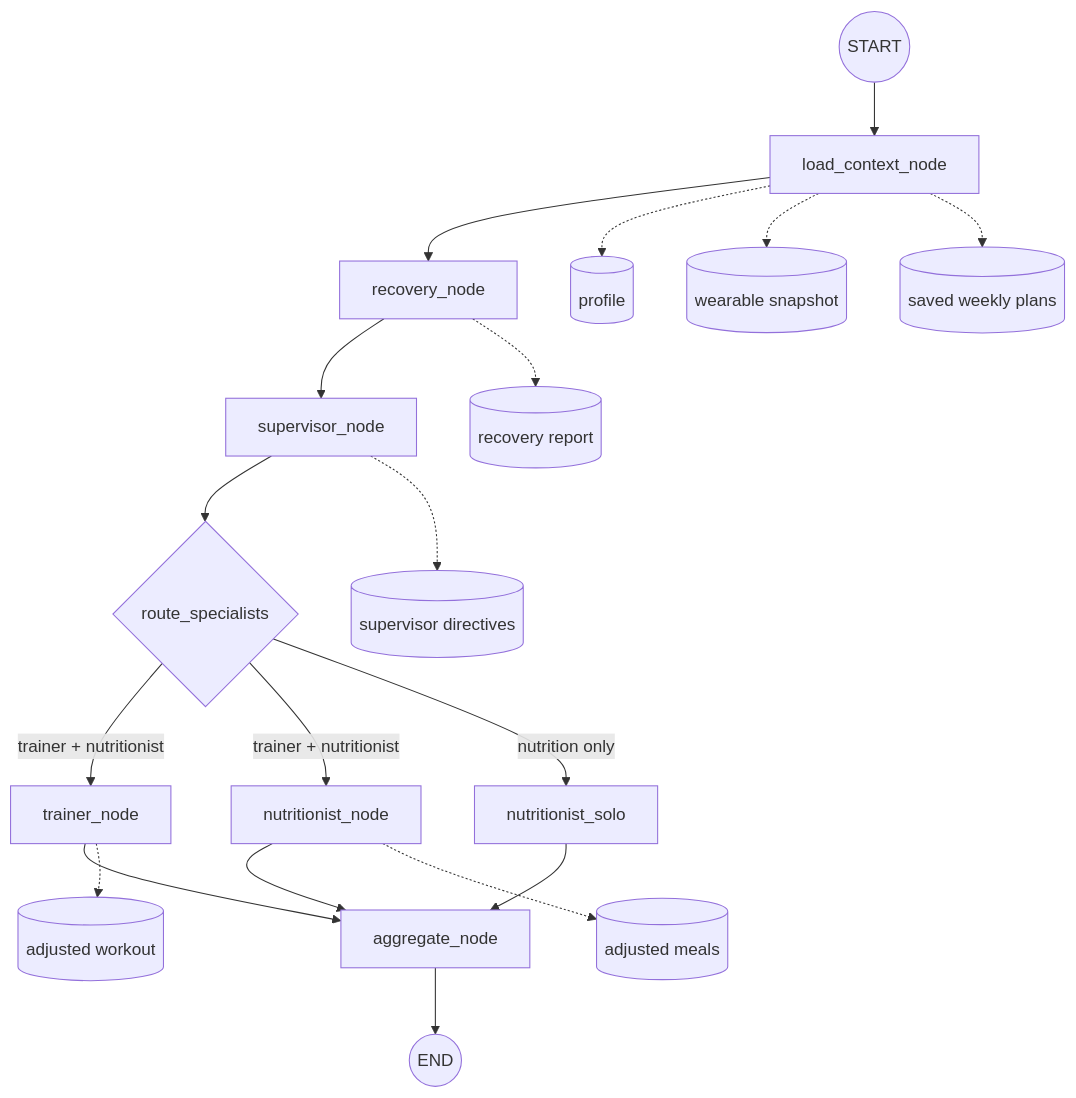
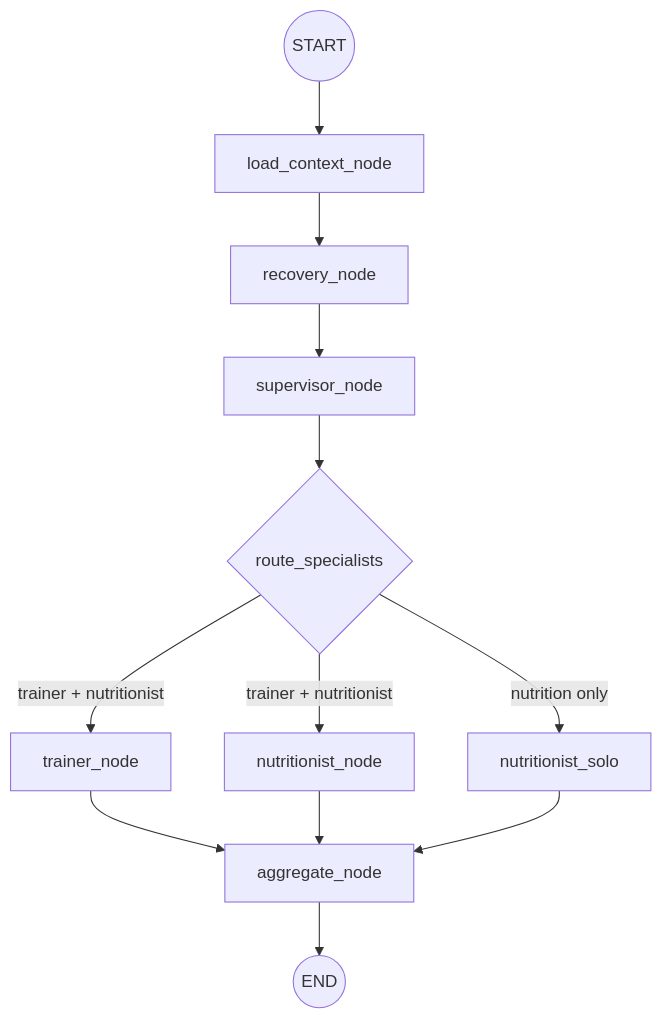
Before and after one commit to georgiaapn/agentic-fitness-supervisor: the diagram in README.md, drawn with Mermaid. The commit also changed other lines of this file and 1 other file, not shown here.

````diff
--- a/README.md
+++ b/README.md
@@ -177,24 +71,14 @@
 ```mermaid
 flowchart TD
     Start((START)) --> LoadContext[load_context_node]
     LoadContext --> Recovery[recovery_node]
     Recovery --> Supervisor[supervisor_node]
-
     Supervisor --> Route{route_specialists}
     Route -->|trainer + nutritionist| Trainer[trainer_node]
     Route -->|trainer + nutritionist| Nutritionist[nutritionist_node]
     Route -->|nutrition only| NutritionSolo[nutritionist_solo]
-
     Trainer --> Aggregate[aggregate_node]
     Nutritionist --> Aggregate
     NutritionSolo --> Aggregate
     Aggregate --> End((END))
-
-    LoadContext -.-> Profile[(profile)]
-    LoadContext -.-> Wearable[(wearable snapshot)]
-    LoadContext -.-> Baselines[(saved weekly plans)]
-    Recovery -.-> RecoveryReport[(recovery report)]
-    Supervisor -.-> Directives[(supervisor directives)]
-    Trainer -.-> Workout[(adjusted workout)]
-    Nutritionist -.-> Nutrition[(adjusted meals)]
 ```
````
